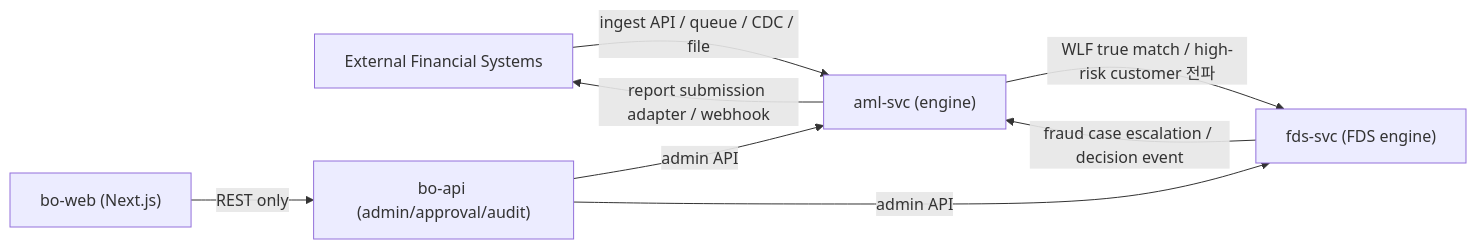
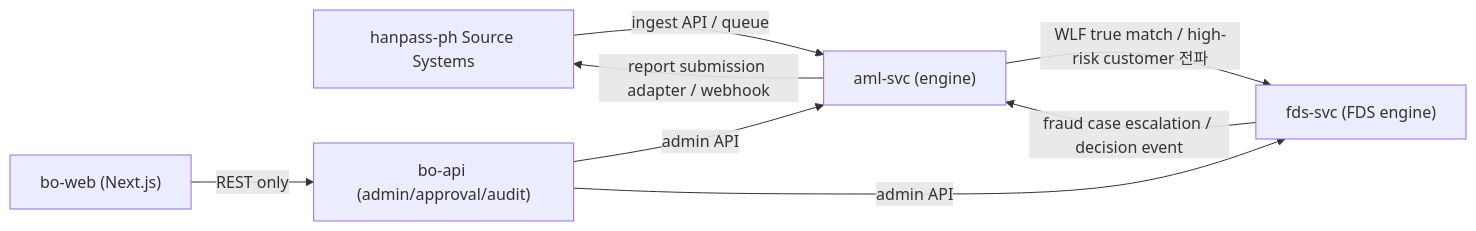
Before and after one commit to smkim89/aml-system-docs: the second of 4 diagrams in docs/software/02-amlSvc-sass.md, drawn with Mermaid. The commit also changed other lines of this file and 11 other files, not shown here.

First line of the commit message:
docs: aml-system-docs 전체 hanpass-ph 기준 재정합

````diff
--- a/docs/software/02-amlSvc-sass.md
+++ b/docs/software/02-amlSvc-sass.md
@@ -344,10 +297,10 @@
 ```mermaid
 flowchart LR
-    Ext["External Financial Systems"] -->|ingest API / queue / CDC / file| AML["aml-svc (engine)"]
+    Ext["hanpass-ph Source Systems"] -->|ingest API / queue| AML["aml-svc (engine)"]
     FDS["fds-svc (FDS engine)"] -->|fraud case escalation / decision event| AML
     AML -->|WLF true match / high-risk customer 전파| FDS
     BOWEB["bo-web (Next.js)"] -->|REST only| BOAPI["bo-api (admin/approval/audit)"]
     BOAPI -->|admin API| AML
     BOAPI -->|admin API| FDS
     AML -->|report submission adapter / webhook| Ext
 ```
````
